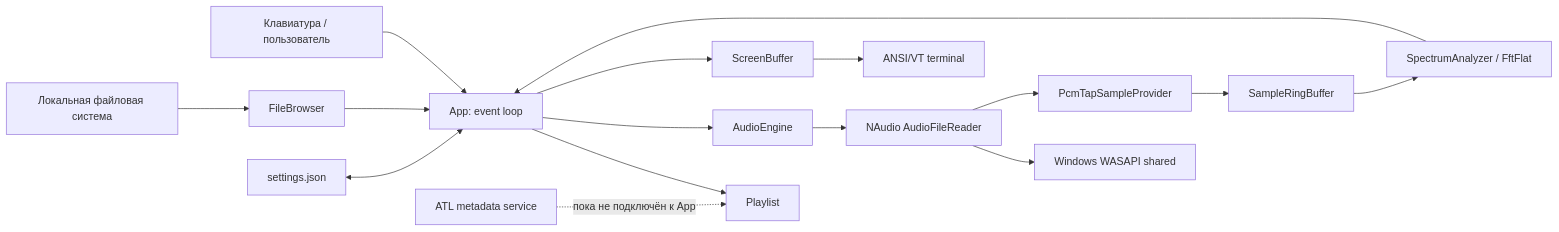
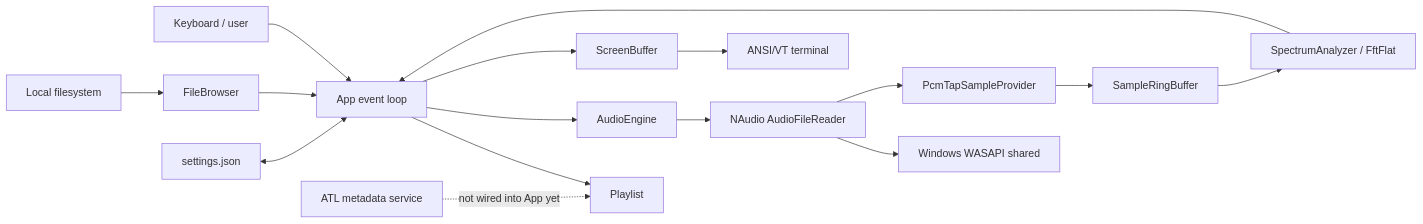
One commit to Geckon01/YACPlayer changed the first of 3 diagrams in docs/ARCHITECTURE.md. Above: the diagram before and after it, drawn with Mermaid. The commit also changed other lines of this file and 8 other files, not shown here.

````diff
--- a/docs/ARCHITECTURE.md
+++ b/docs/ARCHITECTURE.md
@@ -21,18 +23,18 @@
 ```mermaid
 flowchart LR
-    User["Клавиатура / пользователь"] --> App["App: event loop"]
-    Files["Локальная файловая система"] --> Browser["FileBrowser"]
+    User["Keyboard / user"] --> App["App event loop"]
+    FS["Local filesystem"] --> Browser["FileBrowser"]
     Browser --> App
     App --> Playlist["Playlist"]
     App --> Audio["AudioEngine"]
-    Audio --> NAudio["NAudio AudioFileReader"]
-    NAudio --> WASAPI["Windows WASAPI shared"]
-    NAudio --> Tap["PcmTapSampleProvider"]
+    Audio --> Reader["NAudio AudioFileReader"]
+    Reader --> WASAPI["Windows WASAPI shared"]
+    Reader --> Tap["PcmTapSampleProvider"]
     Tap --> Ring["SampleRingBuffer"]
     Ring --> FFT["SpectrumAnalyzer / FftFlat"]
     FFT --> App
-    App --> Buffer["ScreenBuffer"]
-    Buffer --> Terminal["ANSI/VT terminal"]
+    App --> Screen["ScreenBuffer"]
+    Screen --> Terminal["ANSI/VT terminal"]
     Settings["settings.json"] <--> App
-    ATL["ATL metadata service"] -. "пока не подключён к App" .-> Playlist
+    ATL["ATL metadata service"] -. "not wired into App yet" .-> Playlist
 ```
````
